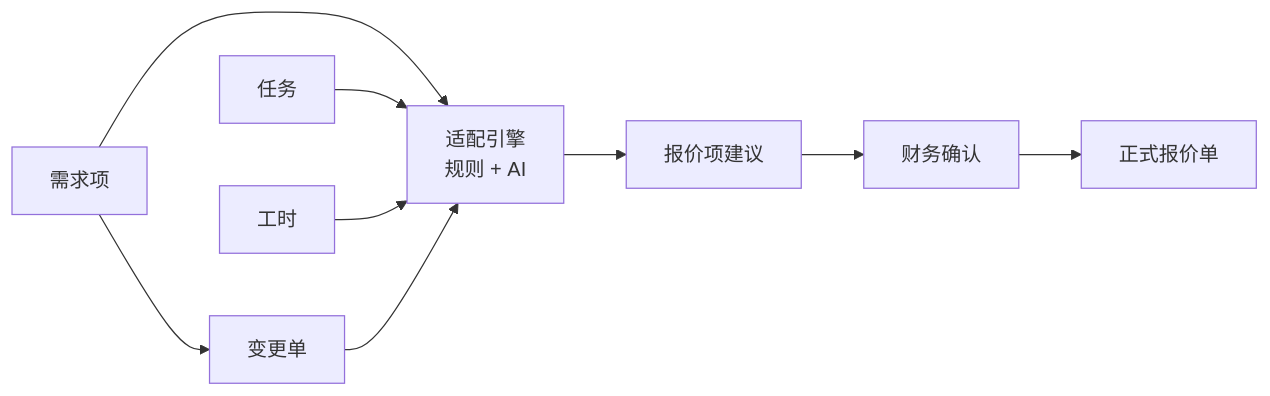
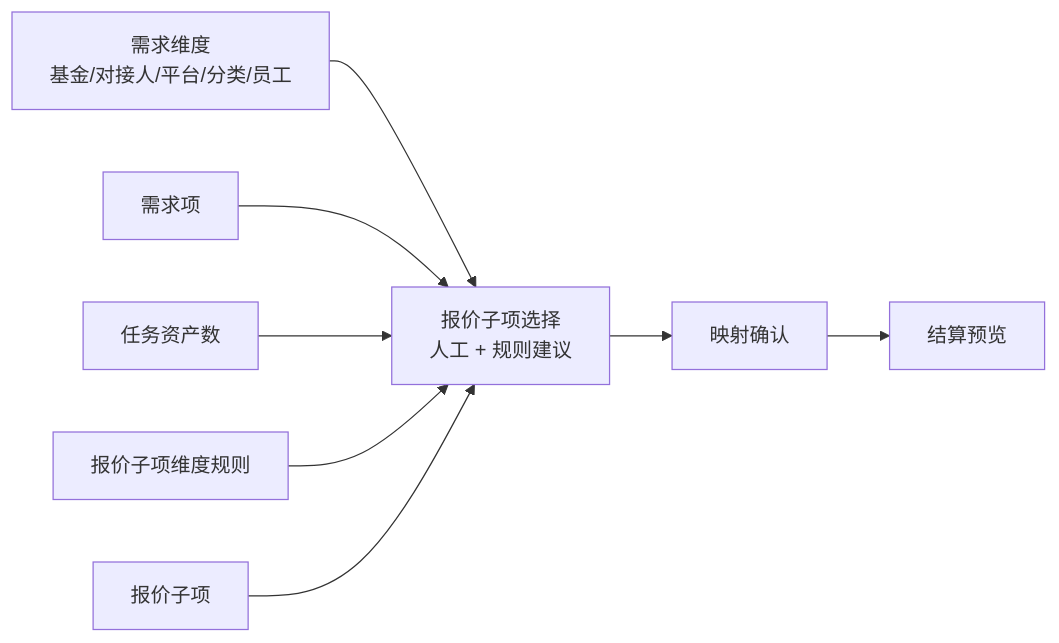
Before and after one commit to easyLong/xlyq-efficiency-engine: the fourth of 5 diagrams in DIAGRAMS.md, drawn with Mermaid. The commit also changed other lines of this file and 33 other files, not shown here.

````diff
--- a/DIAGRAMS.md
+++ b/DIAGRAMS.md
@@ -162,20 +170,19 @@
 ```mermaid
 flowchart LR
+    R0[需求维度<br/>基金/对接人/平台/分类/员工]
     R1[需求项]
-    R2[任务]
-    R3[工时]
-    M[适配引擎<br/>规则 + AI]
-    Q1[报价项建议]
-    Q2[财务确认]
-    Q3[正式报价单]
-    C1[变更单]
+    R2[任务资产数]
+    M[报价子项选择<br/>人工 + 规则建议]
+    Q0[报价子项维度规则]
+    Q1[报价子项]
+    Q2[映射确认]
+    Q3[结算预览]
 
+    R0 --> M
     R1 --> M
     R2 --> M
-    R3 --> M
-    M --> Q1
-    Q1 --> Q2
+    Q0 --> M
+    Q1 --> M
+    M --> Q2
     Q2 --> Q3
-    R1 --> C1
-    C1 --> M
 ```
````
